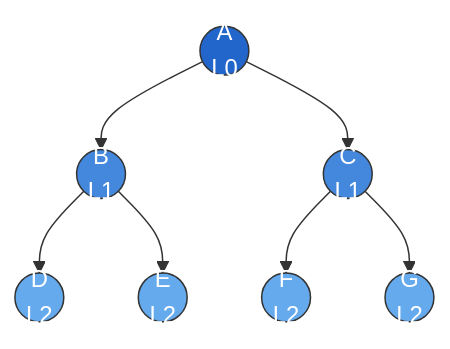
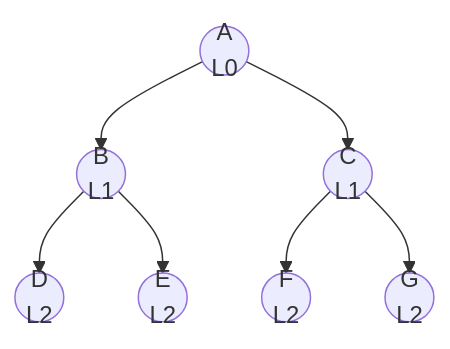
Before and after one commit to amendez13/swe-study-guide: the fifth of 6 diagrams in content/07_Data_Structures_and_Algorithms/07_Graphs/concepts.md, drawn with Mermaid. The commit also changed other lines of this file and 2 other files, not shown here.

First line of the commit message:
docs(dsa): graphs — short titles, 8 new concepts, More practice, 16 original drills

````diff
--- a/content/07_Data_Structures_and_Algorithms/07_Graphs/concepts.md
+++ b/content/07_Data_Structures_and_Algorithms/07_Graphs/concepts.md
@@ -294,17 +224,9 @@
 ```mermaid
 graph TD
     A((A<br/>L0)) --> B((B<br/>L1))
     A --> C((C<br/>L1))
     B --> D((D<br/>L2))
     B --> E((E<br/>L2))
     C --> F((F<br/>L2))
     C --> G((G<br/>L2))
-
-    style A fill:#26c,stroke:#333,color:#fff
-    style B fill:#48d,stroke:#333,color:#fff
-    style C fill:#48d,stroke:#333,color:#fff
-    style D fill:#6ae,stroke:#333,color:#fff
-    style E fill:#6ae,stroke:#333,color:#fff
-    style F fill:#6ae,stroke:#333,color:#fff
-    style G fill:#6ae,stroke:#333,color:#fff
 ```
````
